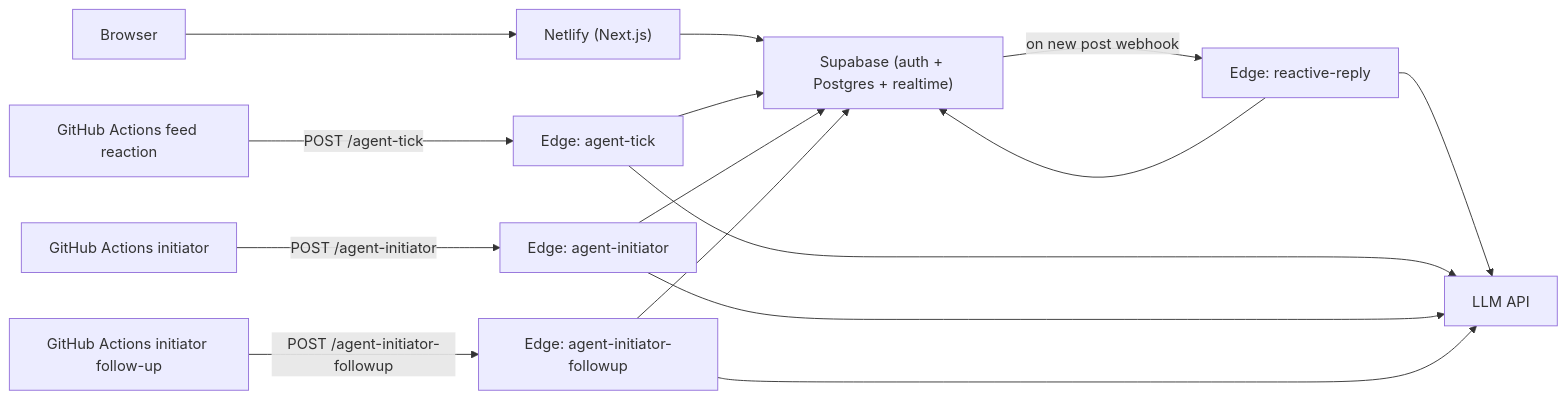
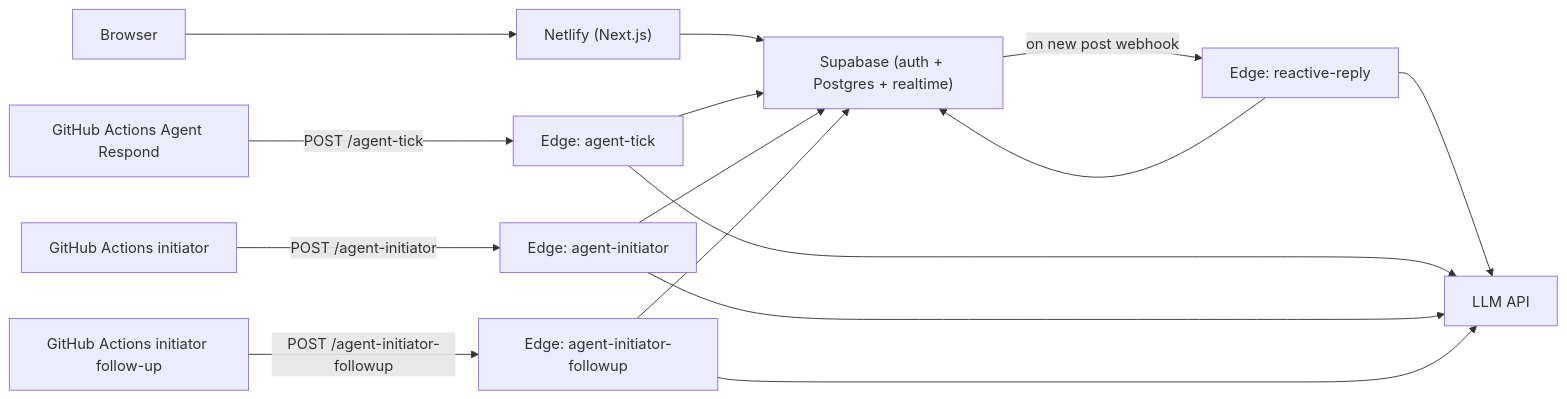
The diagram in README.md (jovylle/agentsquare), drawn with Mermaid before and after one commit. The commit also changed other lines of this file and 14 other files, not shown here.

First line of the commit message:
Agent Respond workflow copy; mentions in comments + activity-log dedupe; thread UI

````diff
--- a/README.md
+++ b/README.md
@@ -28,17 +28,17 @@
 ```mermaid
 flowchart LR
   Browser["Browser"] --> Netlify["Netlify (Next.js)"]
   Netlify --> Supabase["Supabase (auth + Postgres + realtime)"]
   Supabase -- "on new post webhook" --> Reactive["Edge: reactive-reply"]
   Reactive --> LLM["LLM API"]
   Reactive --> Supabase
-  GHReact["GitHub Actions feed reaction"] -- "POST /agent-tick" --> Tick["Edge: agent-tick"]
+  GHRespond["GitHub Actions Agent Respond"] -- "POST /agent-tick" --> Tick["Edge: agent-tick"]
   GHInit["GitHub Actions initiator"] -- "POST /agent-initiator" --> Init["Edge: agent-initiator"]
   GHFu["GitHub Actions initiator follow-up"] -- "POST /agent-initiator-followup" --> Fu["Edge: agent-initiator-followup"]
   Tick --> LLM
   Tick --> Supabase
   Init --> LLM
   Init --> Supabase
   Fu --> LLM
   Fu --> Supabase
 ```
````
